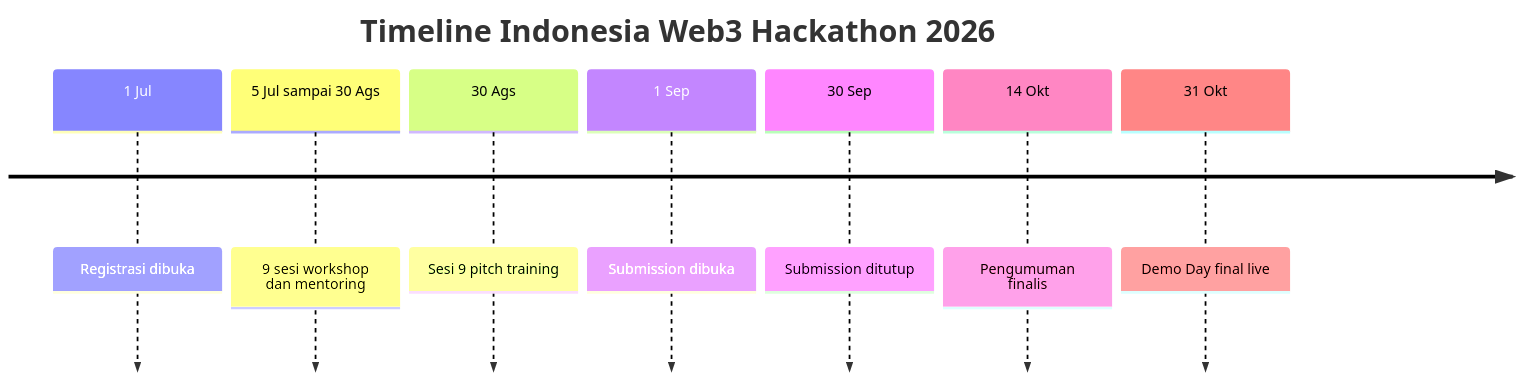
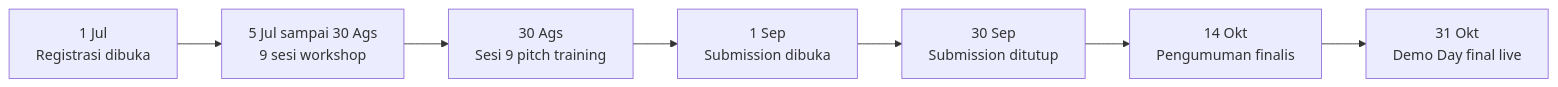
Before and after one commit to GifariKemal/wattsettle: the diagram in WattSettle/01 Latar Belakang.md, drawn with Mermaid. The commit also changed 2 other files, not shown here.

Commit message:
fix(wattsettle): ganti mermaid timeline ke flowchart LR agar render di GitHub
Diagram tipe timeline render kosong di GitHub. Diubah ke flowchart LR
(pasti render) di 01 Latar Belakang, 13 Workflow Build, 18 Roadmap.

````diff
--- a/WattSettle/01 Latar Belakang.md
+++ b/WattSettle/01 Latar Belakang.md
@@ -46,11 +46,9 @@
 ```mermaid
-timeline
-  title Timeline Indonesia Web3 Hackathon 2026
-  1 Jul : Registrasi dibuka
-  5 Jul sampai 30 Ags : 9 sesi workshop dan mentoring
-  30 Ags : Sesi 9 pitch training
-  1 Sep : Submission dibuka
-  30 Sep : Submission ditutup
-  14 Okt : Pengumuman finalis
-  31 Okt : Demo Day final live
+flowchart LR
+  R["1 Jul<br/>Registrasi dibuka"] --> W["5 Jul sampai 30 Ags<br/>9 sesi workshop"]
+  W --> P["30 Ags<br/>Sesi 9 pitch training"]
+  P --> S1["1 Sep<br/>Submission dibuka"]
+  S1 --> S2["30 Sep<br/>Submission ditutup"]
+  S2 --> F["14 Okt<br/>Pengumuman finalis"]
+  F --> DD["31 Okt<br/>Demo Day final live"]
 ```
````
